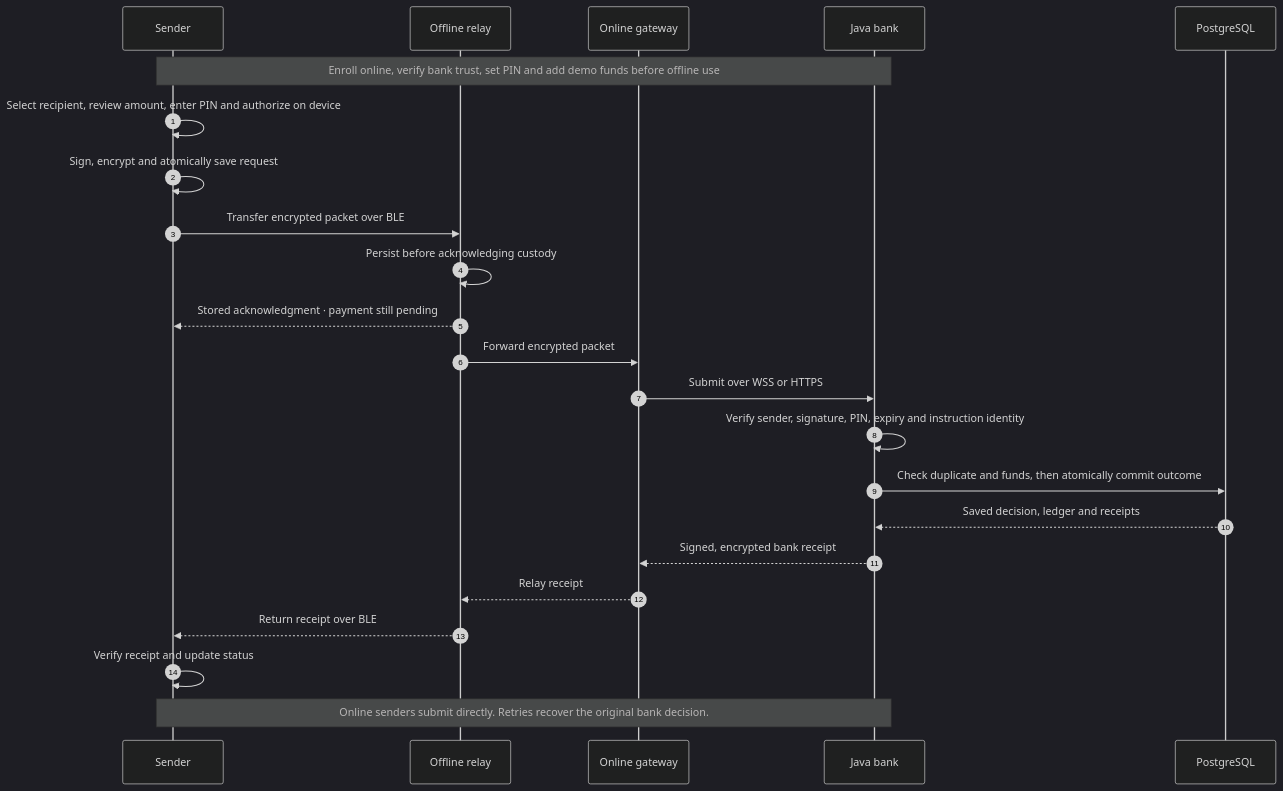
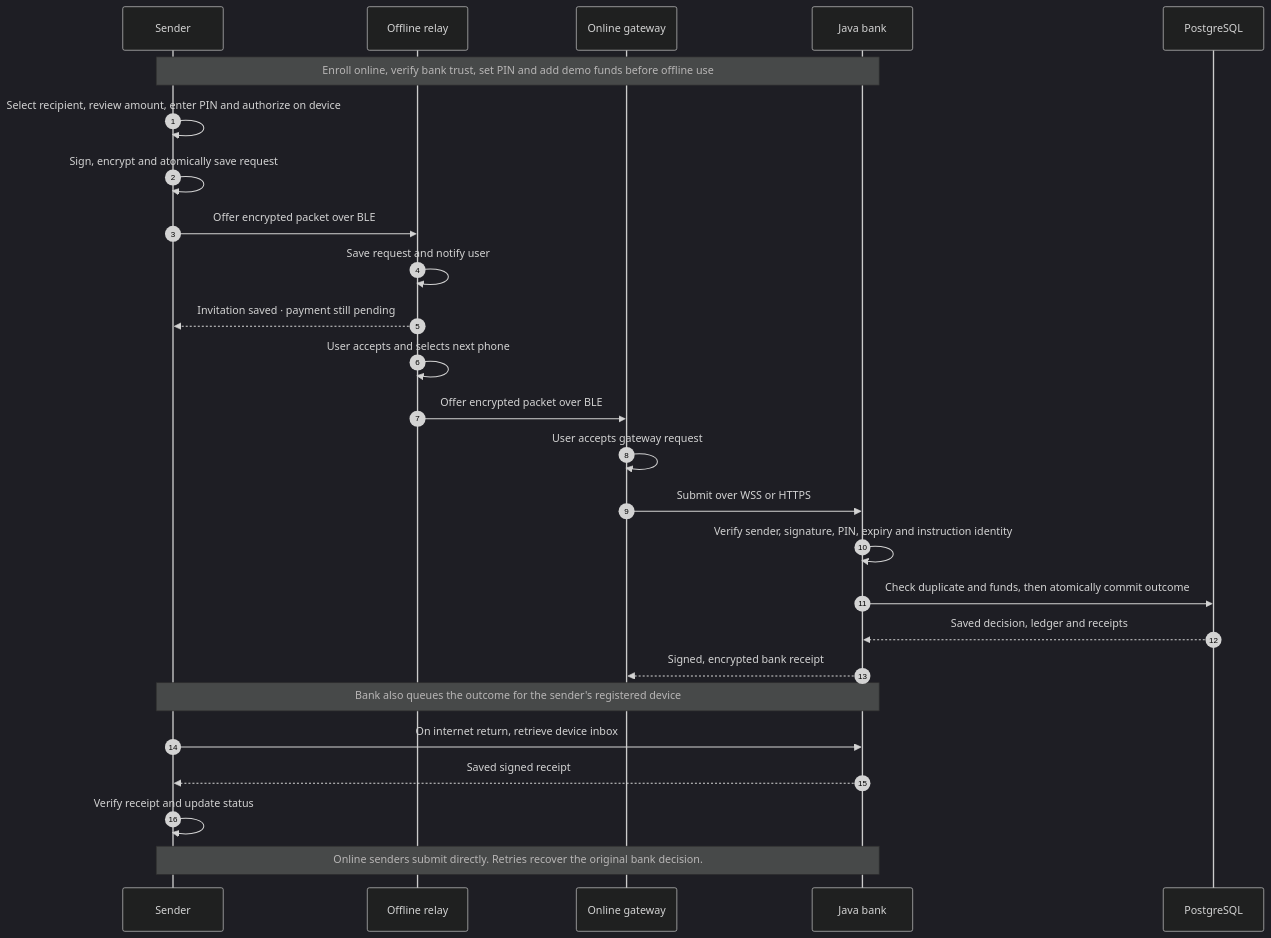
One commit to Shikharyadav25/BeyondNet changed the second of 2 diagrams in README.md. Above: the diagram before and after it, drawn with Mermaid (dark theme). The commit also changed other lines of this file and 18 other files, not shown here.

Commit message:
feat: add relay invitation approval UI and folder cheatsheet documentation

````diff
--- a/README.md
+++ b/README.md
@@ -50,25 +50,28 @@
 ```mermaid
 sequenceDiagram
     autonumber
     participant P as Sender
     participant R as Offline relay
     participant G as Online gateway
     participant B as Java bank
     participant D as PostgreSQL
     Note over P,B: Enroll online, verify bank trust, set PIN and add demo funds before offline use
     P->>P: Select recipient, review amount, enter PIN and authorize on device
     P->>P: Sign, encrypt and atomically save request
-    P->>R: Transfer encrypted packet over BLE
-    R->>R: Persist before acknowledging custody
-    R-->>P: Stored acknowledgment · payment still pending
-    R->>G: Forward encrypted packet
+    P->>R: Offer encrypted packet over BLE
+    R->>R: Save request and notify user
+    R-->>P: Invitation saved · payment still pending
+    R->>R: User accepts and selects next phone
+    R->>G: Offer encrypted packet over BLE
+    G->>G: User accepts gateway request
     G->>B: Submit over WSS or HTTPS
     B->>B: Verify sender, signature, PIN, expiry and instruction identity
     B->>D: Check duplicate and funds, then atomically commit outcome
     D-->>B: Saved decision, ledger and receipts
     B-->>G: Signed, encrypted bank receipt
-    G-->>R: Relay receipt
-    R-->>P: Return receipt over BLE
+    Note over P,B: Bank also queues the outcome for the sender's registered device
+    P->>B: On internet return, retrieve device inbox
+    B-->>P: Saved signed receipt
     P->>P: Verify receipt and update status
     Note over P,B: Online senders submit directly. Retries recover the original bank decision.
 ```
````
